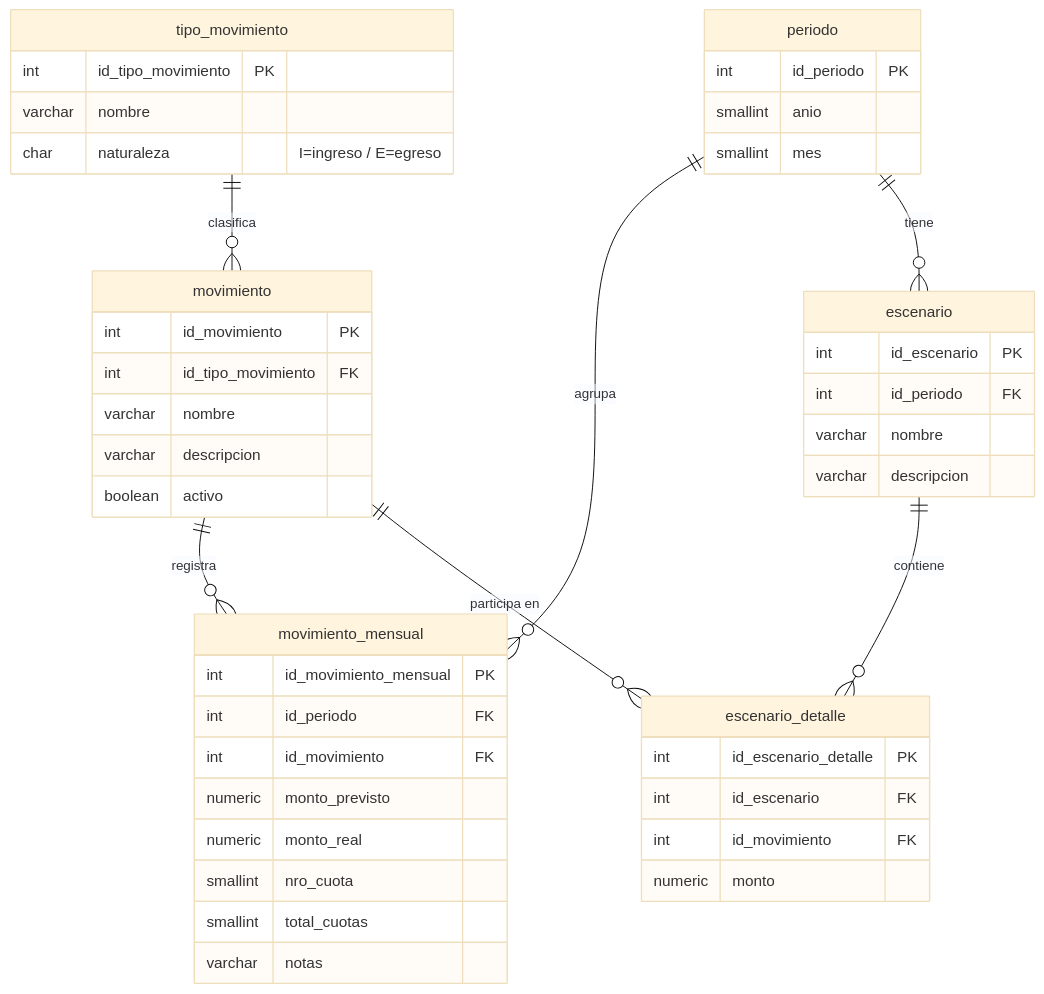
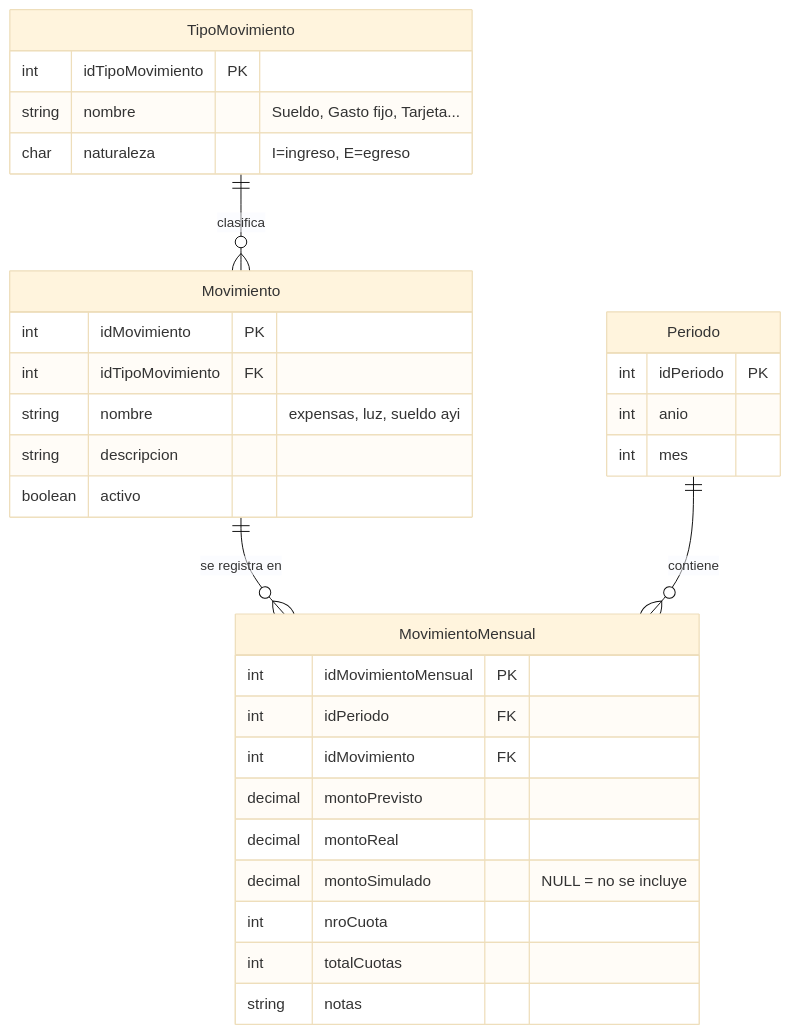
The diagram in README.md (CaroBima/finanzas-manager), drawn with Mermaid (base theme) before and after one commit.

Commit message:
Update README.md - actualizado diagrama bd simplificado

````diff
--- a/README.md
+++ b/README.md
@@ -22,49 +22,35 @@
 ```mermaid
 erDiagram
-    tipo_movimiento {
-        int id_tipo_movimiento PK
-        varchar nombre
-        char naturaleza "I=ingreso / E=egreso"
-    }
-    movimiento {
-        int id_movimiento PK
-        int id_tipo_movimiento FK
-        varchar nombre
-        varchar descripcion
-        boolean activo
-    }
-    periodo {
-        int id_periodo PK
-        smallint anio
-        smallint mes
-    }
-    movimiento_mensual {
-        int id_movimiento_mensual PK
-        int id_periodo FK
-        int id_movimiento FK
-        numeric monto_previsto
-        numeric monto_real
-        smallint nro_cuota
-        smallint total_cuotas
-        varchar notas
-    }
-    escenario {
-        int id_escenario PK
-        int id_periodo FK
-        varchar nombre
-        varchar descripcion
-    }
-    escenario_detalle {
-        int id_escenario_detalle PK
-        int id_escenario FK
-        int id_movimiento FK
-        numeric monto
-    }
+  TipoMovimiento ||--o{ Movimiento : clasifica
+  Movimiento ||--o{ MovimientoMensual : "se registra en"
+  Periodo ||--o{ MovimientoMensual : contiene
 
-    tipo_movimiento ||--o{ movimiento : "clasifica"
-    movimiento ||--o{ movimiento_mensual : "registra"
-    periodo ||--o{ movimiento_mensual : "agrupa"
-    periodo ||--o{ escenario : "tiene"
-    escenario ||--o{ escenario_detalle : "contiene"
-    movimiento ||--o{ escenario_detalle : "participa en"
+  TipoMovimiento {
+    int idTipoMovimiento PK
+    string nombre "Sueldo, Gasto fijo, Tarjeta..."
+    char naturaleza "I=ingreso, E=egreso"
+  }
+  Movimiento {
+    int idMovimiento PK
+    int idTipoMovimiento FK
+    string nombre "expensas, luz, sueldo ayi"
+    string descripcion
+    boolean activo
+  }
+  Periodo {
+    int idPeriodo PK
+    int anio
+    int mes
+  }
+  MovimientoMensual {
+    int idMovimientoMensual PK
+    int idPeriodo FK
+    int idMovimiento FK
+    decimal montoPrevisto
+    decimal montoReal
+    decimal montoSimulado "NULL = no se incluye"
+    int nroCuota
+    int totalCuotas
+    string notas
+  }
 ```
````
